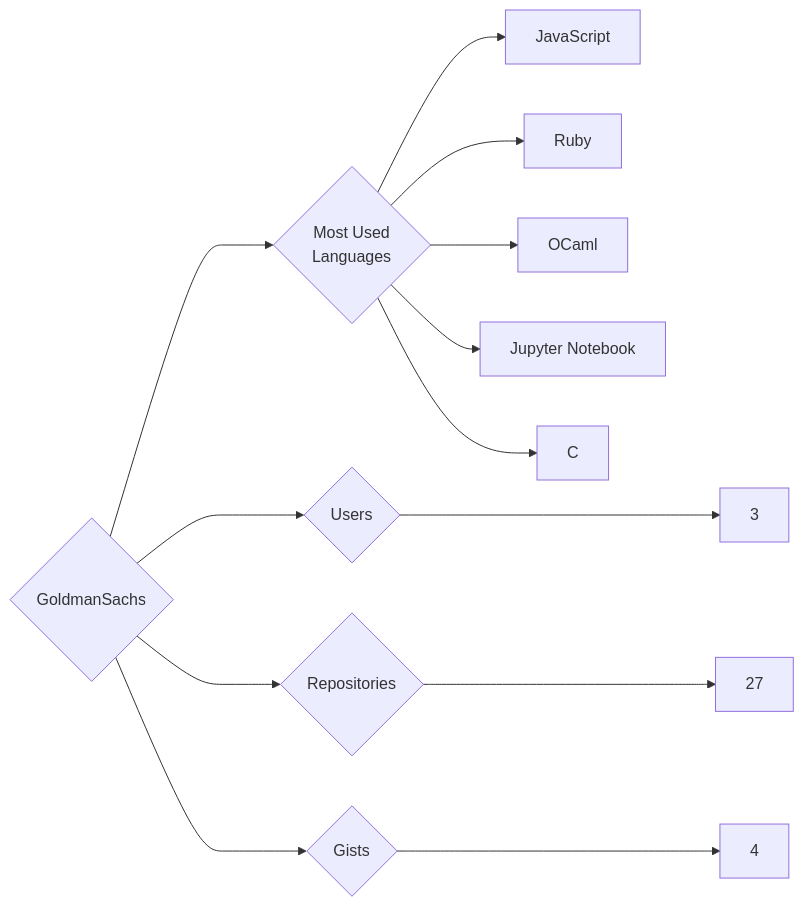
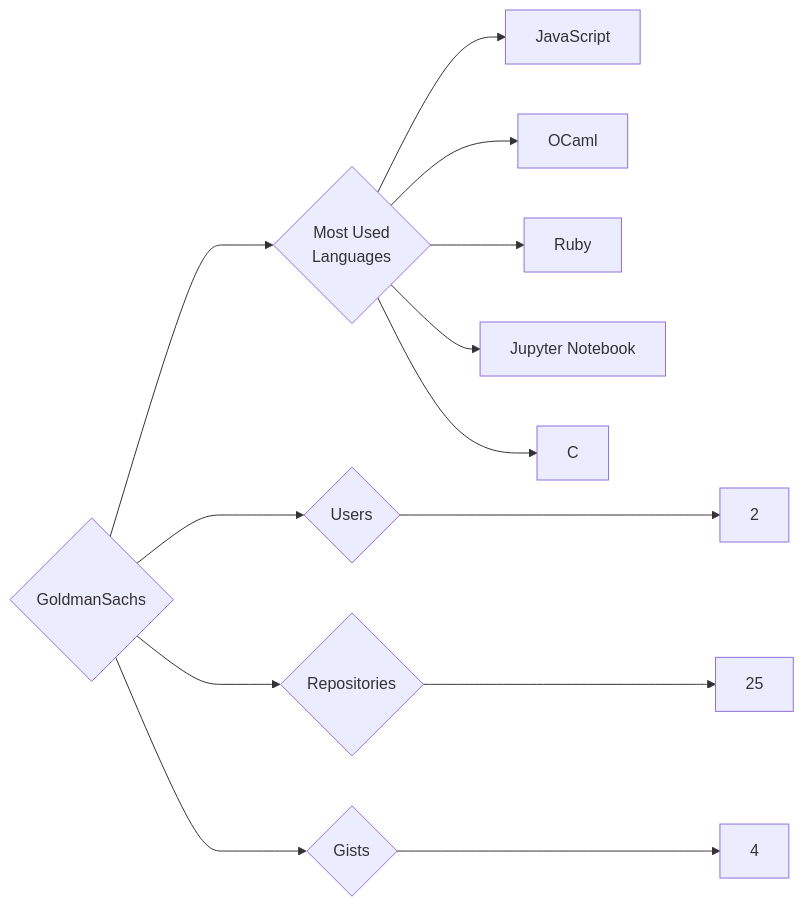
Before and after one commit to trickest/insiders: the diagram in targets/GoldmanSachs/README.md, drawn with Mermaid. The commit also changed 895 other files, not shown here.

````diff
--- a/targets/GoldmanSachs/README.md
+++ b/targets/GoldmanSachs/README.md
@@ -3,13 +3,13 @@
 ```mermaid
 graph LR
 COMPANY_NAME{GoldmanSachs}
-COMPANY_NAME ---> U{Users} ---> UN[3]
-COMPANY_NAME ---> R{Repositories} ---> RN[27]
+COMPANY_NAME ---> U{Users} ---> UN[2]
+COMPANY_NAME ---> R{Repositories} ---> RN[25]
 COMPANY_NAME ---> G{Gists} ---> GN[4]
 COMPANY_NAME ---> ML{Most Used<br>Languages}
 ML --> JavaScript[JavaScript]
+ML --> OCaml[OCaml]
 ML --> Ruby[Ruby]
-ML --> OCaml[OCaml]
 ML --> Jupyter_Notebook[Jupyter Notebook]
 ML --> C[C]
 ```
````
